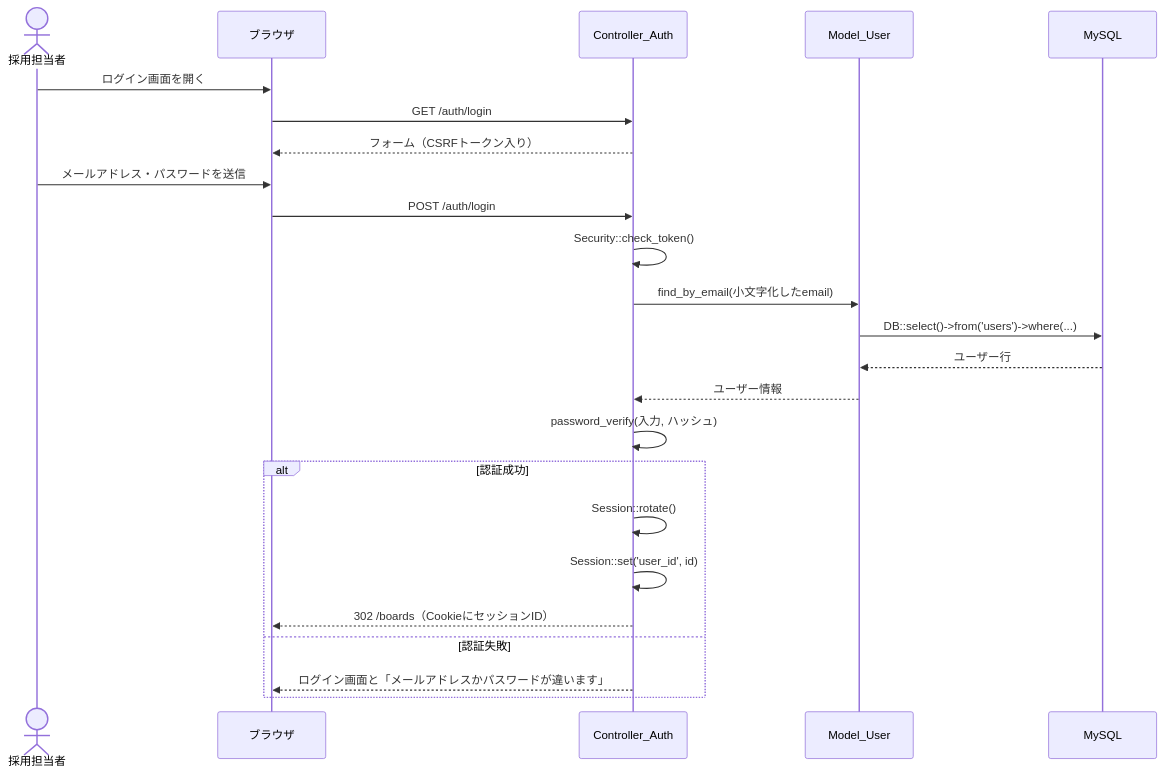
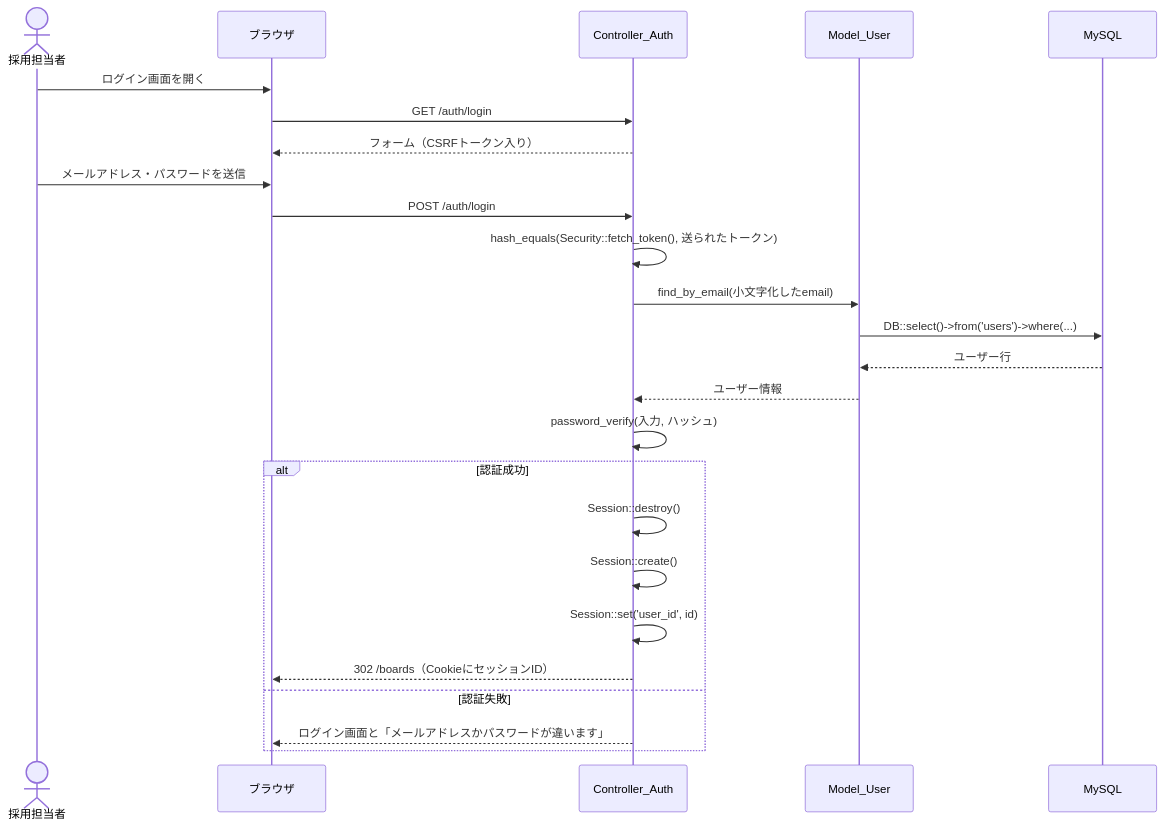
One commit to Akaimelon/Kadai_HR_Cloud changed the third of 4 diagrams in docs/design.md. Above: the diagram before and after it, drawn with Mermaid. The commit also changed other lines of this file, not shown here.

````diff
--- a/docs/design.md
+++ b/docs/design.md
@@ -233,26 +233,27 @@
 ```mermaid
 sequenceDiagram
     actor U as 採用担当者
     participant B as ブラウザ
     participant C as Controller_Auth
     participant M as Model_User
     participant D as MySQL
     U->>B: ログイン画面を開く
     B->>C: GET /auth/login
     C-->>B: フォーム（CSRFトークン入り）
     U->>B: メールアドレス・パスワードを送信
     B->>C: POST /auth/login
-    C->>C: Security::check_token()
+    C->>C: hash_equals(Security::fetch_token(), 送られたトークン)
     C->>M: find_by_email(小文字化したemail)
     M->>D: DB::select()->from('users')->where(...)
     D-->>M: ユーザー行
     M-->>C: ユーザー情報
     C->>C: password_verify(入力, ハッシュ)
     alt 認証成功
-        C->>C: Session::rotate()
+        C->>C: Session::destroy()
+        C->>C: Session::create()
         C->>C: Session::set('user_id', id)
         C-->>B: 302 /boards（CookieにセッションID）
     else 認証失敗
         C-->>B: ログイン画面と「メールアドレスかパスワードが違います」
     end
 ```
````
